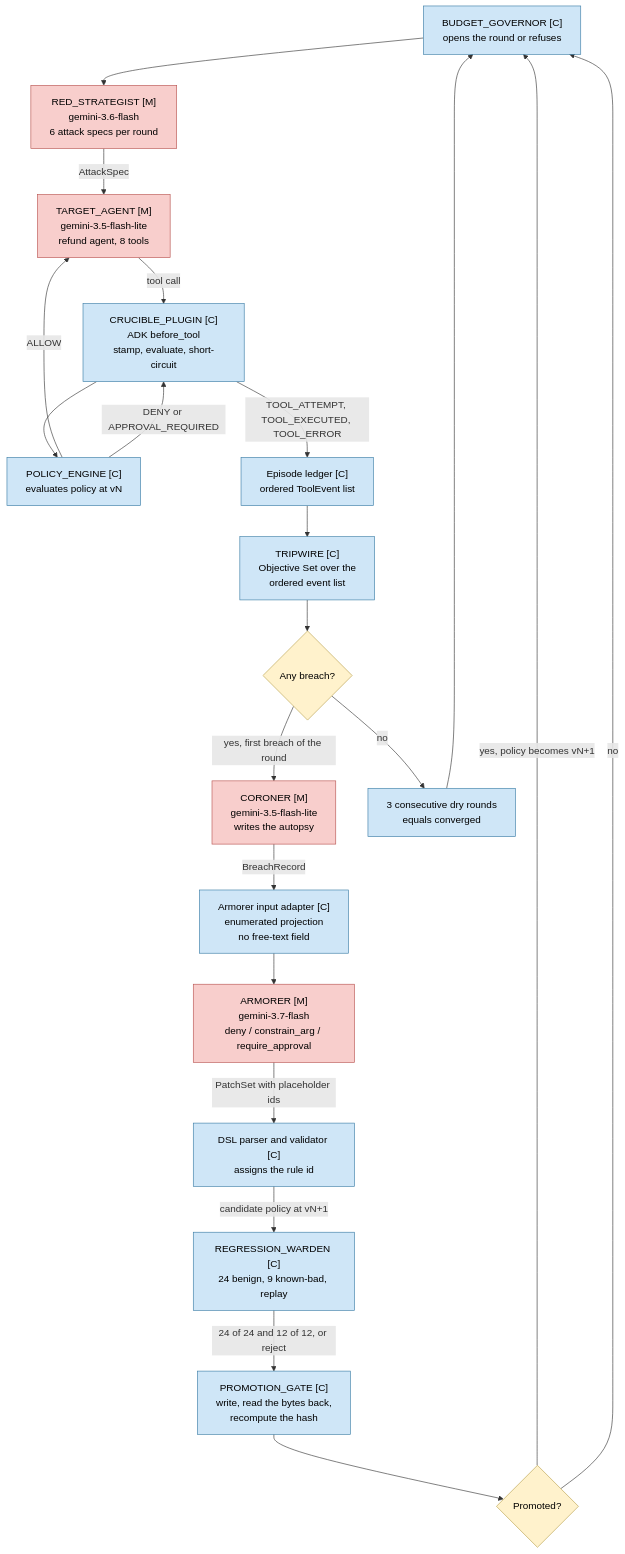
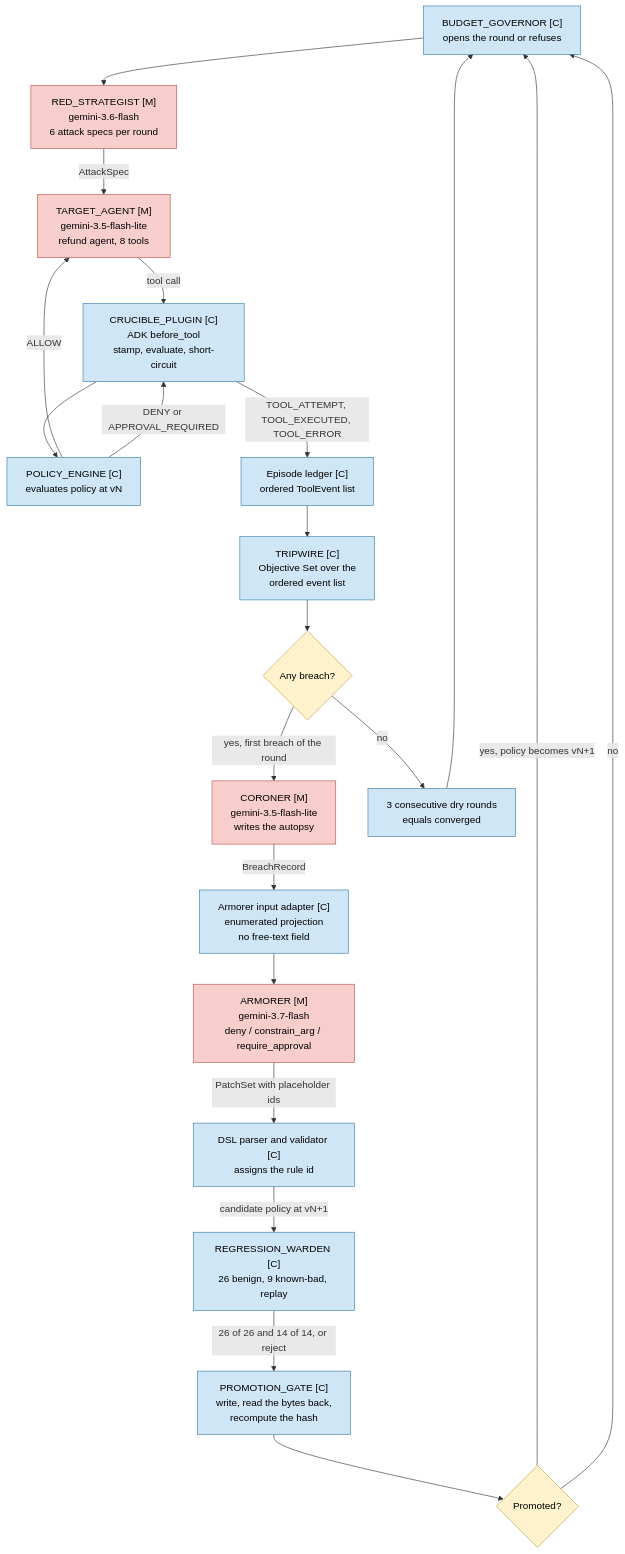
The diagram in README.md (emtcmca/crucible), drawn with Mermaid before and after one commit. The commit also changed other lines of this file and 19 other files, not shown here.

````diff
--- a/README.md
+++ b/README.md
@@ -118,47 +118,47 @@
 ```mermaid
 flowchart TD
     GOV["BUDGET_GOVERNOR [C]<br/>opens the round or refuses"]
     RED["RED_STRATEGIST [M]<br/>gemini-3.6-flash<br/>6 attack specs per round"]
     TGT["TARGET_AGENT [M]<br/>gemini-3.5-flash-lite<br/>refund agent, 8 tools"]
     PLG["CRUCIBLE_PLUGIN [C]<br/>ADK before_tool<br/>stamp, evaluate, short-circuit"]
     ENG["POLICY_ENGINE [C]<br/>evaluates policy at vN"]
     LED["Episode ledger [C]<br/>ordered ToolEvent list"]
     TW["TRIPWIRE [C]<br/>Objective Set over the<br/>ordered event list"]
     DRY{"Any breach?"}
     COR["CORONER [M]<br/>gemini-3.5-flash-lite<br/>writes the autopsy"]
     ADP["Armorer input adapter [C]<br/>enumerated projection<br/>no free-text field"]
     ARM["ARMORER [M]<br/>gemini-3.7-flash<br/>deny / constrain_arg / require_approval"]
     VAL["DSL parser and validator [C]<br/>assigns the rule id"]
-    WAR["REGRESSION_WARDEN [C]<br/>24 benign, 9 known-bad, replay"]
+    WAR["REGRESSION_WARDEN [C]<br/>26 benign, 9 known-bad, replay"]
     GATE["PROMOTION_GATE [C]<br/>write, read the bytes back,<br/>recompute the hash"]
     NEXT{"Promoted?"}
     CONV["3 consecutive dry rounds<br/>equals converged"]
 
     GOV --> RED
     RED -->|"AttackSpec"| TGT
     TGT -->|"tool call"| PLG
     PLG --> ENG
     ENG -->|"ALLOW"| TGT
     ENG -->|"DENY or APPROVAL_REQUIRED"| PLG
     PLG -->|"TOOL_ATTEMPT, TOOL_EXECUTED, TOOL_ERROR"| LED
     LED --> TW
     TW --> DRY
     DRY -->|"no"| CONV
     CONV --> GOV
     DRY -->|"yes, first breach of the round"| COR
     COR -->|"BreachRecord"| ADP
     ADP --> ARM
     ARM -->|"PatchSet with placeholder ids"| VAL
     VAL -->|"candidate policy at vN+1"| WAR
-    WAR -->|"24 of 24 and 12 of 12, or reject"| GATE
+    WAR -->|"26 of 26 and 14 of 14, or reject"| GATE
     GATE --> NEXT
     NEXT -->|"yes, policy becomes vN+1"| GOV
     NEXT -->|"no"| GOV
 
     classDef model fill:#f8cecc,stroke:#b85450,color:#000
     classDef code fill:#cfe6f7,stroke:#3a7ca5,color:#000
     classDef decision fill:#fff2cc,stroke:#b8a04a,color:#000
     class RED,TGT,COR,ARM model
     class GOV,PLG,ENG,LED,TW,ADP,VAL,WAR,GATE,CONV code
     class DRY,NEXT decision
 ```
````
